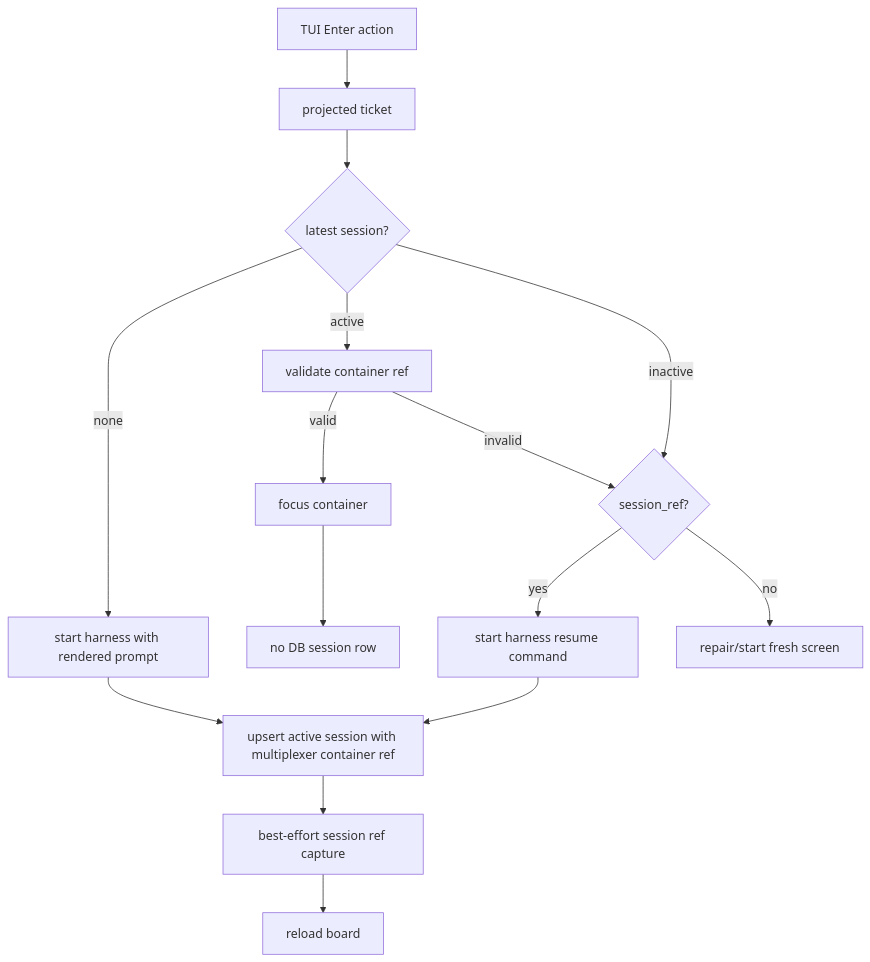
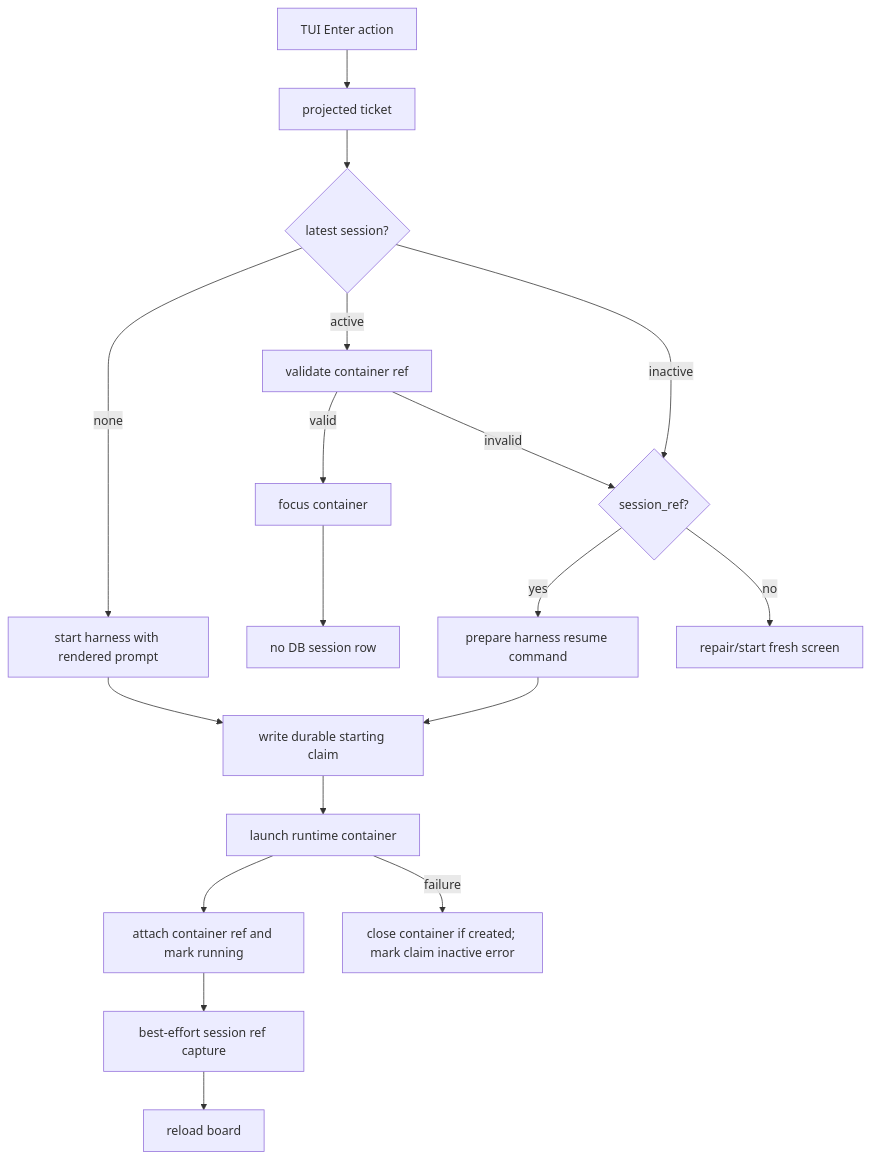
Before and after one commit to carlotran4/kanbi: the second of 2 diagrams in docs/ticket-session-lifecycle.md, drawn with Mermaid. The commit also changed other lines of this file and 15 other files, not shown here.

````diff
--- a/docs/ticket-session-lifecycle.md
+++ b/docs/ticket-session-lifecycle.md
@@ -54,17 +54,20 @@
 ```mermaid
 flowchart TD
     TUI[TUI Enter action] --> Ticket[projected ticket]
     Ticket --> Decision{latest session?}
     Decision -- none --> Start[start harness with rendered prompt]
     Decision -- active --> Validate[validate container ref]
     Validate -- valid --> Switch[focus container]
     Validate -- invalid --> Ref{session_ref?}
     Decision -- inactive --> Ref
-    Ref -- yes --> Resume[start harness resume command]
+    Ref -- yes --> Resume[prepare harness resume command]
     Ref -- no --> Repair[repair/start fresh screen]
-    Start --> Upsert[upsert active session with multiplexer container ref]
-    Resume --> Upsert
+    Start --> Claim[write durable starting claim]
+    Resume --> Claim
+    Claim --> Launch[launch runtime container]
+    Launch --> Activate[attach container ref and mark running]
     Switch --> NoWrite[no DB session row]
-    Upsert --> CaptureRef[best-effort session ref capture]
+    Activate --> CaptureRef[best-effort session ref capture]
     CaptureRef --> Board[reload board]
+    Launch -- failure --> Compensate[close container if created; mark claim inactive error]
 ```
````
